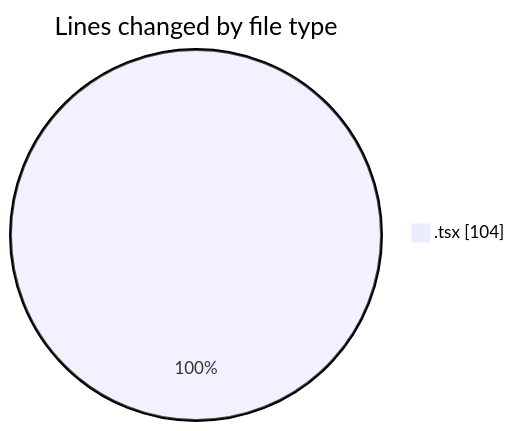
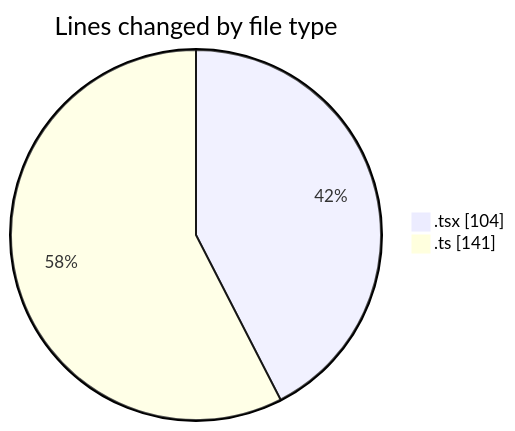
The first of 2 diagrams in 2026-07-22/cda/README.md (momahboobian/code-tracking), drawn with Mermaid before and after one commit. The commit also changed other lines of this file and 1 other file, not shown here.

````diff
--- a/2026-07-22/cda/README.md
+++ b/2026-07-22/cda/README.md
@@ -22,5 +23,6 @@
 ```mermaid
 pie showData
 title Lines changed by file type
 ".tsx" : 104
+".ts" : 141
 ```
````
